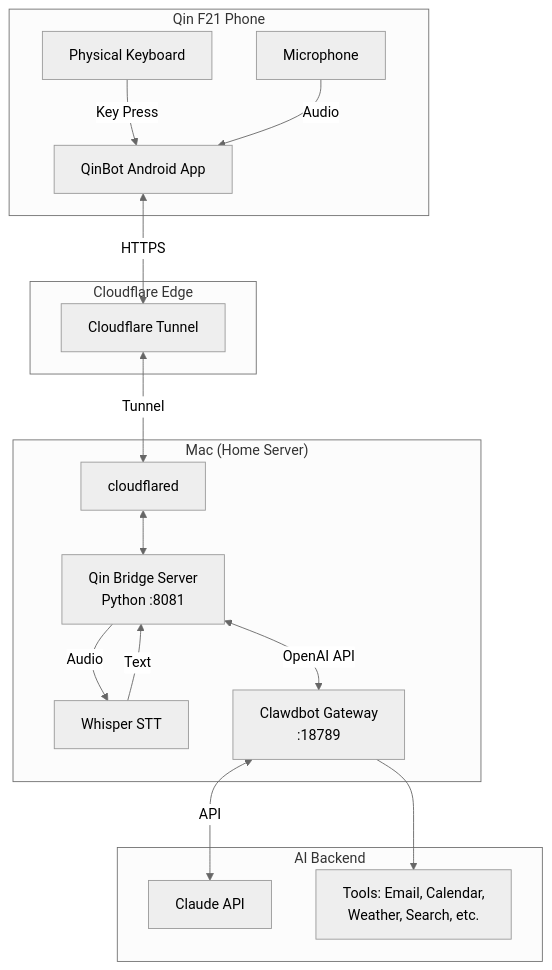
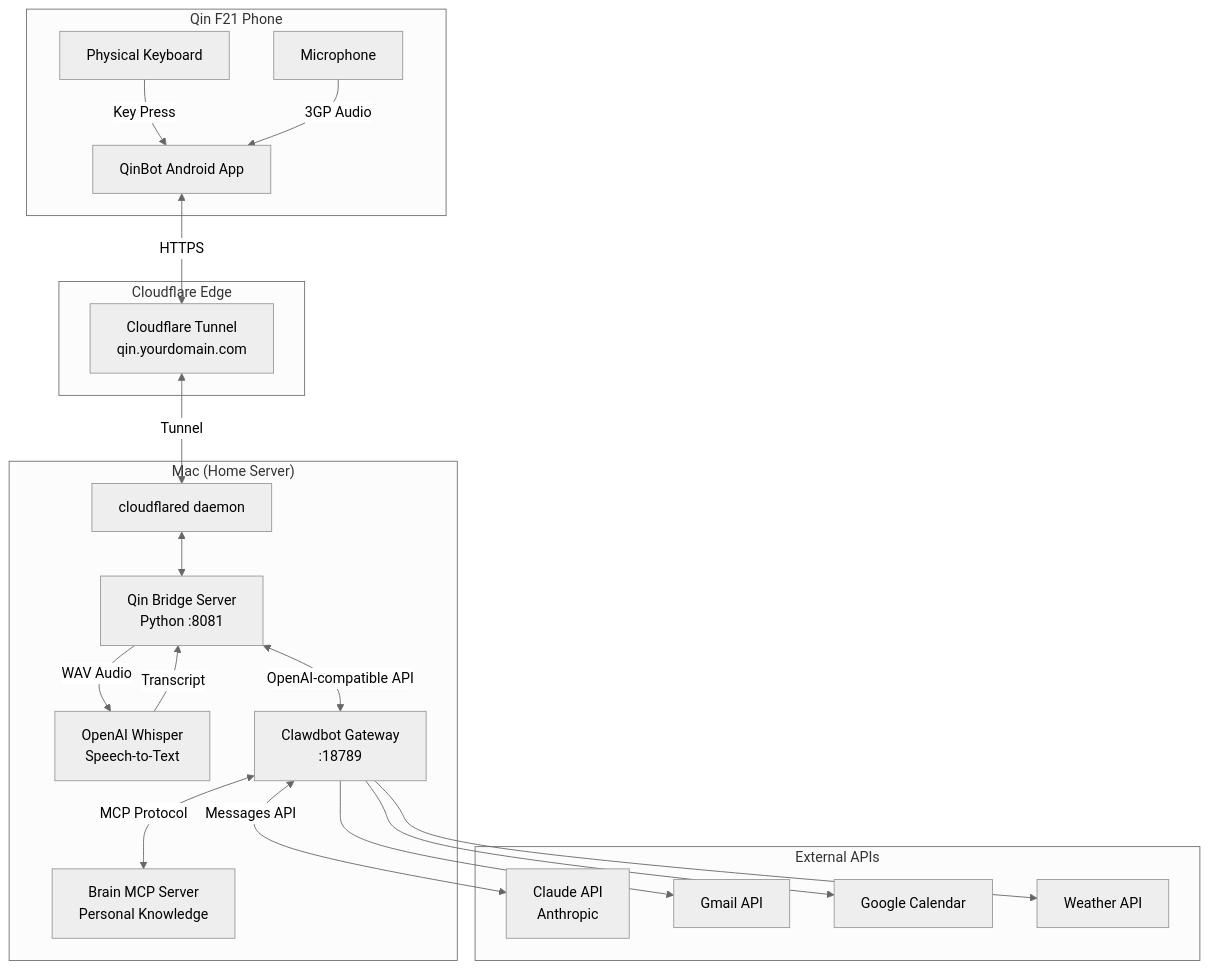
One commit to mordechaipotash/qinbot changed the third of 4 diagrams in README.md. Above: the diagram before and after it, drawn with Mermaid (neutral theme). The commit also changed other lines of this file and 1 other file, not shown here.

First line of the commit message:
Docs: Add Brain MCP integration and voice recording flow details

````diff
--- a/README.md
+++ b/README.md
@@ -57,35 +193,41 @@
 ```mermaid
 graph TB
     subgraph "Qin F21 Phone"
         QIN[QinBot Android App]
         MIC[Microphone]
         KB[Physical Keyboard]
     end
     
     subgraph "Cloudflare Edge"
-        CF[Cloudflare Tunnel]
+        CF[Cloudflare Tunnel<br/>qin.yourdomain.com]
     end
     
     subgraph "Mac (Home Server)"
         BRIDGE[Qin Bridge Server<br/>Python :8081]
-        WHISPER[Whisper STT]
+        WHISPER[OpenAI Whisper<br/>Speech-to-Text]
         CLAWDBOT[Clawdbot Gateway<br/>:18789]
-        TUNNEL[cloudflared]
+        TUNNEL[cloudflared daemon]
+        BRAIN[Brain MCP Server<br/>Personal Knowledge]
     end
     
-    subgraph "AI Backend"
-        CLAUDE[Claude API]
-        TOOLS[Tools: Email, Calendar,<br/>Weather, Search, etc.]
+    subgraph "External APIs"
+        CLAUDE[Claude API<br/>Anthropic]
+        GMAIL[Gmail API]
+        GCAL[Google Calendar]
+        WEATHER[Weather API]
     end
     
     KB -->|Key Press| QIN
-    MIC -->|Audio| QIN
+    MIC -->|3GP Audio| QIN
     QIN <-->|HTTPS| CF
     CF <-->|Tunnel| TUNNEL
     TUNNEL <--> BRIDGE
-    BRIDGE -->|Audio| WHISPER
-    WHISPER -->|Text| BRIDGE
-    BRIDGE <-->|OpenAI API| CLAWDBOT
-    CLAWDBOT <-->|API| CLAUDE
-    CLAWDBOT --> TOOLS
+    BRIDGE -->|WAV Audio| WHISPER
+    WHISPER -->|Transcript| BRIDGE
+    BRIDGE <-->|OpenAI-compatible API| CLAWDBOT
+    CLAWDBOT <-->|Messages API| CLAUDE
+    CLAWDBOT <-->|MCP Protocol| BRAIN
+    CLAWDBOT --> GMAIL
+    CLAWDBOT --> GCAL
+    CLAWDBOT --> WEATHER
 ```
````
